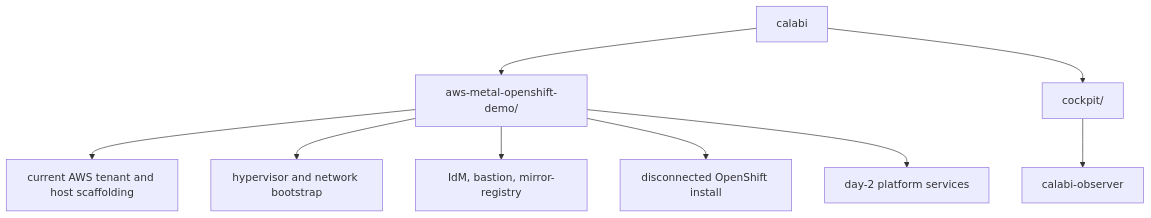
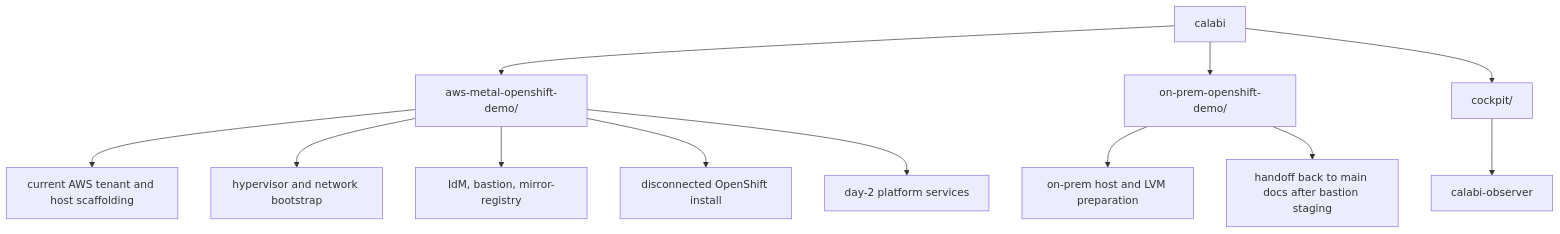
Before and after one commit to gprocunier/calabi: the diagram in README.md, drawn with Mermaid. The commit also changed other lines of this file and 2 other files, not shown here.

Commit message:
Publish on-prem docs path in GitHub Pages

````diff
--- a/README.md
+++ b/README.md
@@ -79,12 +86,15 @@
 ```mermaid
 flowchart TD
     root[calabi]
     root --> demo[aws-metal-openshift-demo/]
+    root --> onprem[on-prem-openshift-demo/]
     root --> cockpit[cockpit/]
     demo --> aws[current AWS tenant and host scaffolding]
     demo --> host[hypervisor and network bootstrap]
     demo --> support[IdM, bastion, mirror-registry]
     demo --> ocp[disconnected OpenShift install]
     demo --> day2[day-2 platform services]
+    onprem --> hostprep[on-prem host and LVM preparation]
+    onprem --> handoff[handoff back to main docs after bastion staging]
     cockpit --> observer[calabi-observer]
 ```
````
